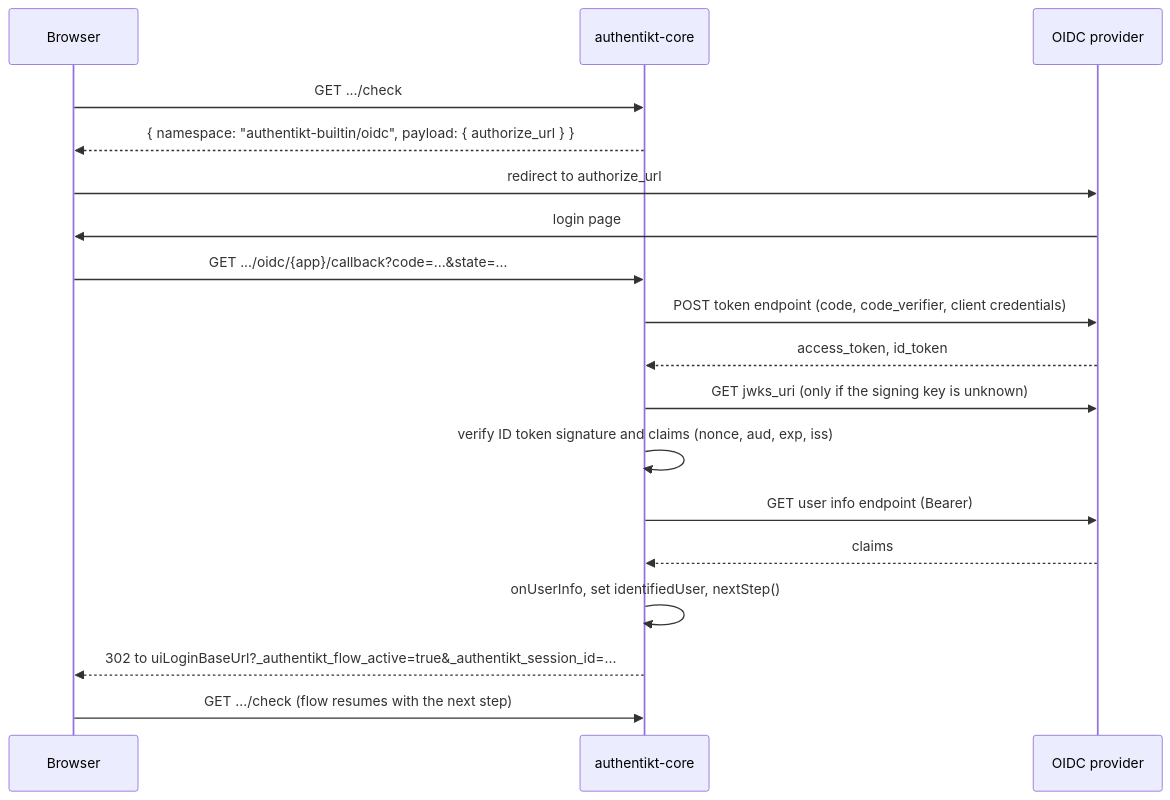
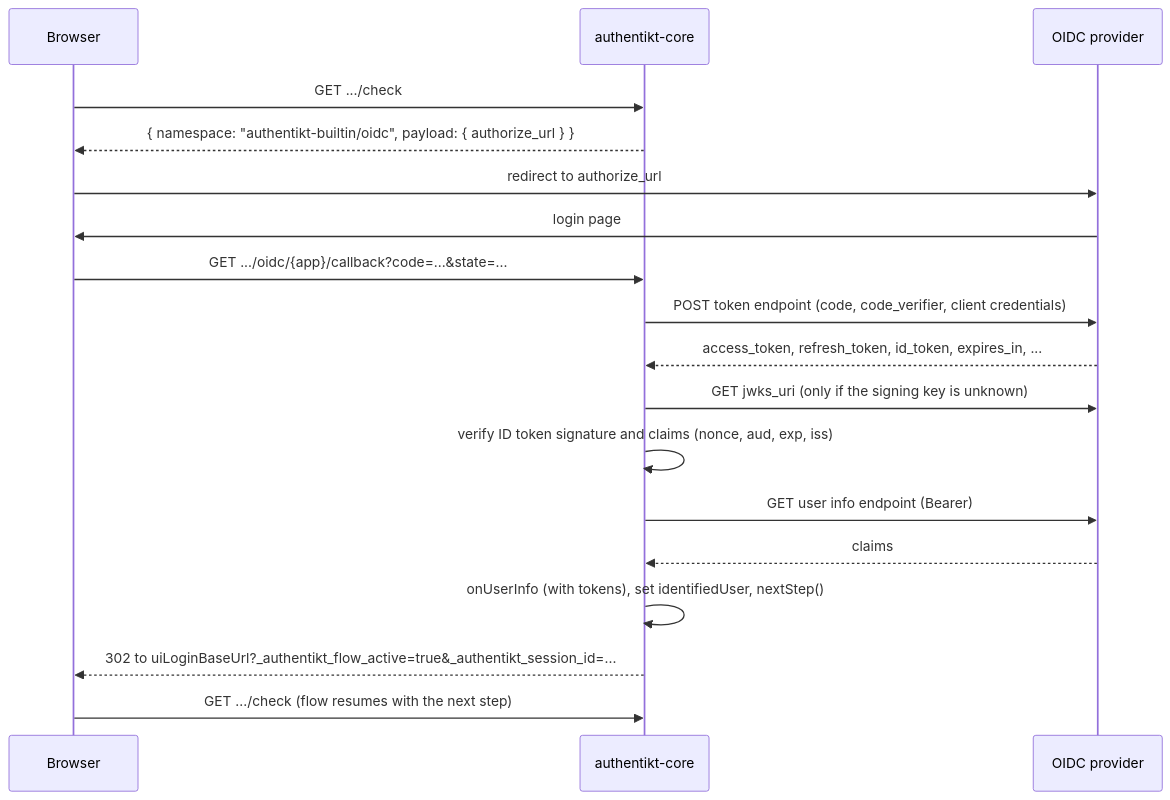
The diagram in Writerside/topics/oidc-plugin.md (Julius-Babies/authentikt), drawn with Mermaid before and after one commit. The commit also changed other lines of this file and 5 other files, not shown here.

First line of the commit message:
feat: Expose OIDC token response details to onUserInfo (#24)

````diff
--- a/Writerside/topics/oidc-plugin.md
+++ b/Writerside/topics/oidc-plugin.md
@@ -81,21 +126,21 @@
 ```mermaid
 sequenceDiagram
     participant B as Browser
     participant K as authentikt-core
     participant P as OIDC provider
 
     B->>K: GET .../check
     K-->>B: { namespace: "authentikt-builtin/oidc", payload: { authorize_url } }
     B->>P: redirect to authorize_url
     P->>B: login page
     B->>K: GET .../oidc/{app}/callback?code=...&state=...
     K->>P: POST token endpoint (code, code_verifier, client credentials)
-    P-->>K: access_token, id_token
+    P-->>K: access_token, refresh_token, id_token, expires_in, ...
     K->>P: GET jwks_uri (only if the signing key is unknown)
     K->>K: verify ID token signature and claims (nonce, aud, exp, iss)
     K->>P: GET user info endpoint (Bearer)
     P-->>K: claims
-    K->>K: onUserInfo, set identifiedUser, nextStep()
+    K->>K: onUserInfo (with tokens), set identifiedUser, nextStep()
     K-->>B: 302 to uiLoginBaseUrl?_authentikt_flow_active=true&_authentikt_session_id=...
     B->>K: GET .../check (flow resumes with the next step)
 ```
````
